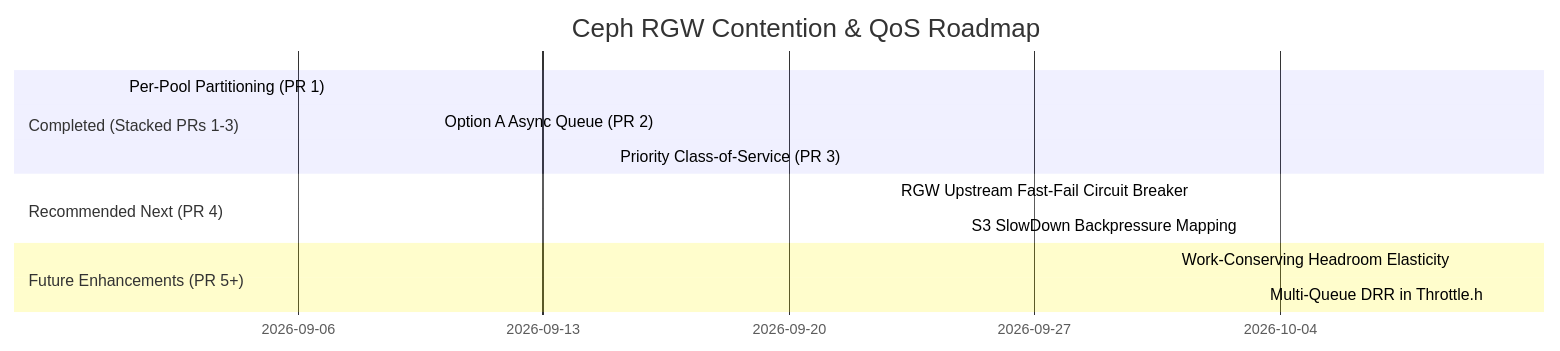
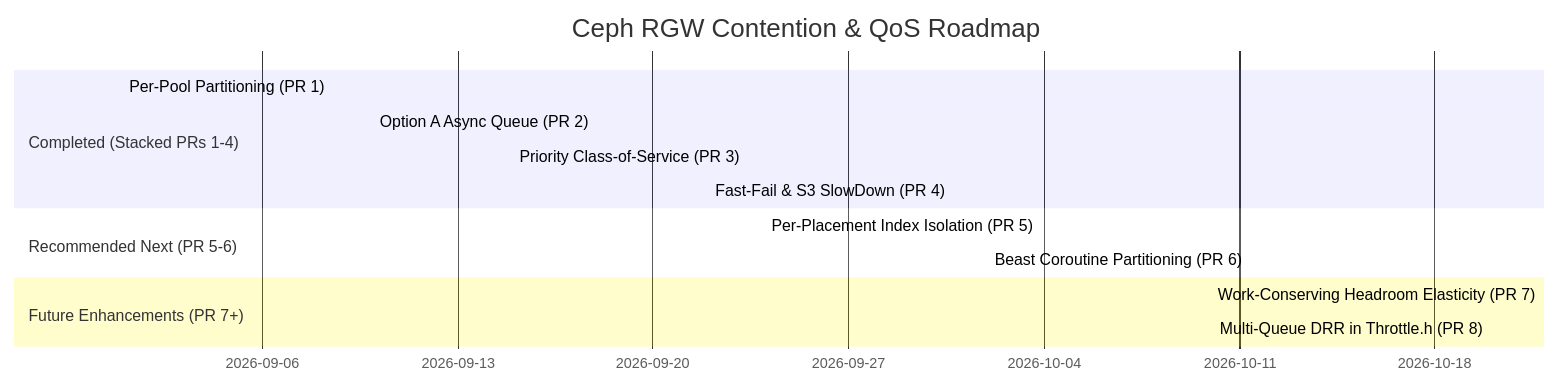
Before and after one commit to JBakamovic/ceph: the diagram in src/test/rgw/ARCHITECTURAL_IDEAS_COMPENDIUM.md, drawn with Mermaid. The commit also changed other lines of this file, not shown here.

Commit message:
doc/rgw: update compendium with failure mechanisms, PR 4 validation, and index/coroutine isolation ideas

````diff
--- a/src/test/rgw/ARCHITECTURAL_IDEAS_COMPENDIUM.md
+++ b/src/test/rgw/ARCHITECTURAL_IDEAS_COMPENDIUM.md
@@ -281,15 +287,16 @@
 ```mermaid
 gantt
     title Ceph RGW Contention & QoS Roadmap
     dateFormat  YYYY-MM
-    section Completed (Stacked PRs 1-3)
-    Per-Pool Partitioning (PR 1)         :done, pr1, 2026-09-01, 2026-09-10
-    Option A Async Queue (PR 2)          :done, pr2, 2026-09-10, 2026-09-15
-    Priority Class-of-Service (PR 3)     :done, pr3, 2026-09-15, 2026-09-22
-    section Recommended Next (PR 4)
-    RGW Upstream Fast-Fail Circuit Breaker :active, pr4a, 2026-09-23, 2026-09-27
-    S3 SlowDown Backpressure Mapping     :active, pr4b, 2026-09-25, 2026-09-29
-    section Future Enhancements (PR 5+)
-    Work-Conserving Headroom Elasticity  :pr5, 2026-10-01, 2026-10-10
-    Multi-Queue DRR in Throttle.h        :pr6, 2026-10-10, 2026-10-20
+    section Completed (Stacked PRs 1-4)
+    Per-Pool Partitioning (PR 1)                :done, pr1, 2026-09-01, 2026-09-10
+    Option A Async Queue (PR 2)                 :done, pr2, 2026-09-10, 2026-09-15
+    Priority Class-of-Service (PR 3)            :done, pr3, 2026-09-15, 2026-09-22
+    Fast-Fail & S3 SlowDown (PR 4)              :done, pr4, 2026-09-22, 2026-09-23
+    section Recommended Next (PR 5-6)
+    Per-Placement Index Isolation (PR 5)        :active, pr5, 2026-09-24, 2026-10-02
+    Beast Coroutine Partitioning (PR 6)         :active, pr6, 2026-10-02, 2026-10-10
+    section Future Enhancements (PR 7+)
+    Work-Conserving Headroom Elasticity (PR 7)  :pr7, 2026-10-10, 2026-10-20
+    Multi-Queue DRR in Throttle.h (PR 8)        :pr8, 2026-10-20, 2026-10-30
 ```
````
